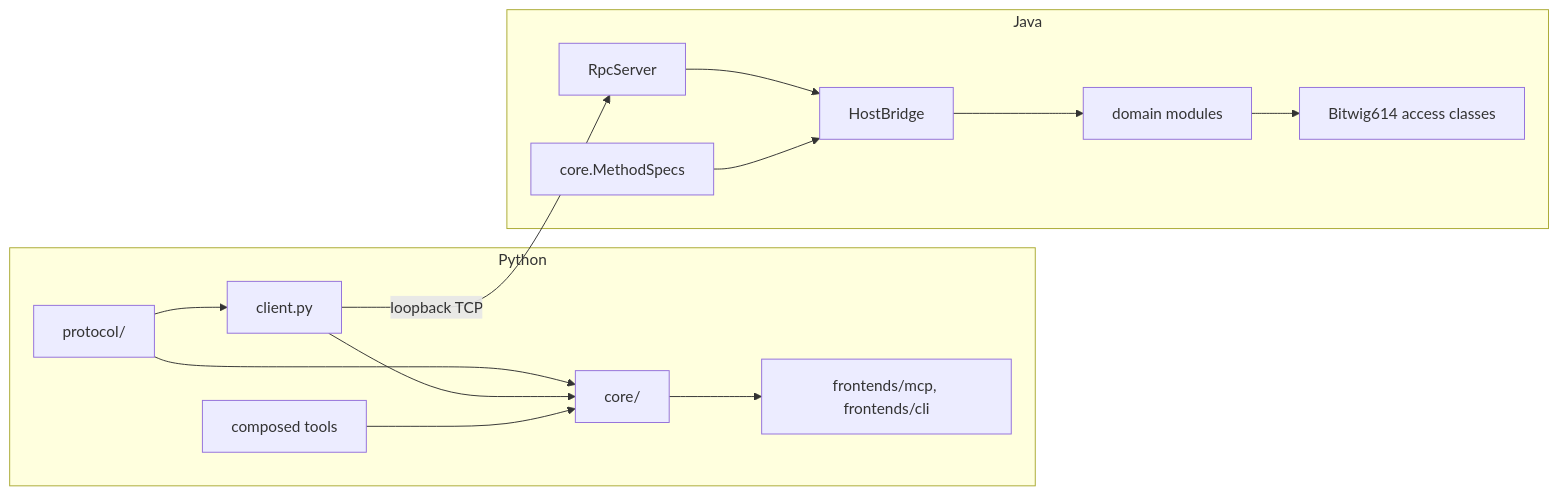
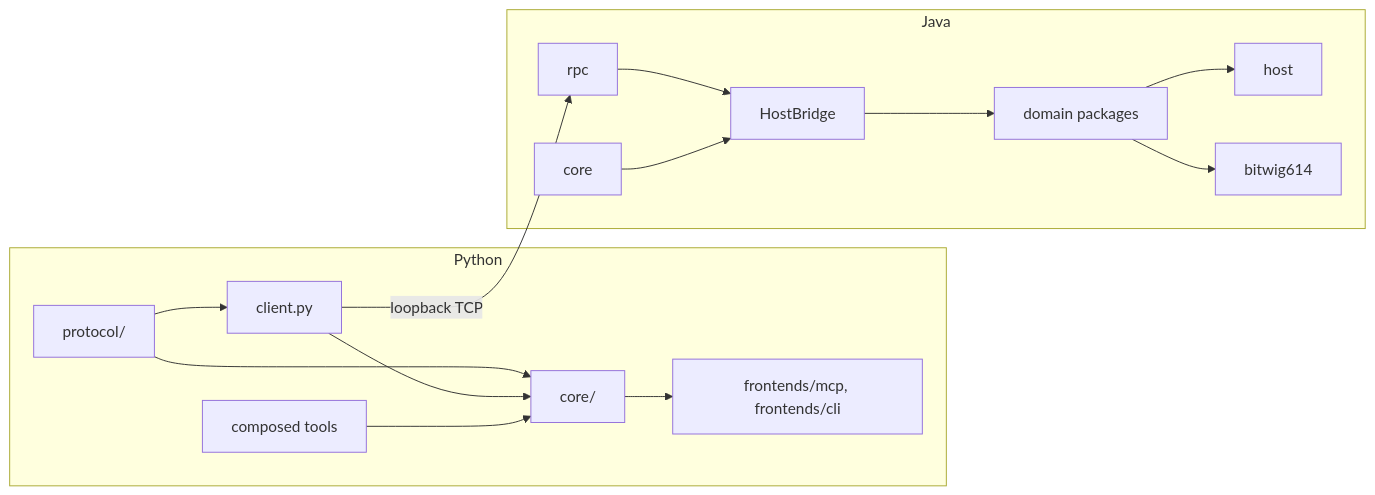
One commit to BANANASJIM/bitwig-agent changed the diagram in docs/architecture.md. Above: the diagram before and after it, drawn with Mermaid. The commit also changed other lines of this file and 383 other files, not shown here.

First line of the commit message:
Move the Java extension into layer and domain packages (M9)

````diff
--- a/docs/architecture.md
+++ b/docs/architecture.md
@@ -114,17 +125,18 @@
 ```mermaid
 flowchart LR
     subgraph Python
         P[protocol/] --> C[client.py]
         P --> CO[core/]
         C --> CO
         T[composed tools] --> CO
         CO --> F[frontends/mcp, frontends/cli]
     end
     subgraph Java
-        R[RpcServer] --> H[HostBridge]
-        M[core.MethodSpecs] --> H
-        H --> D[domain modules]
-        D --> N[Bitwig614 access classes]
+        R[rpc] --> H[HostBridge]
+        M[core] --> H
+        H --> D[domain packages]
+        D --> HS[host]
+        D --> N[bitwig614]
     end
     C -- "loopback TCP" --> R
 ```
````
